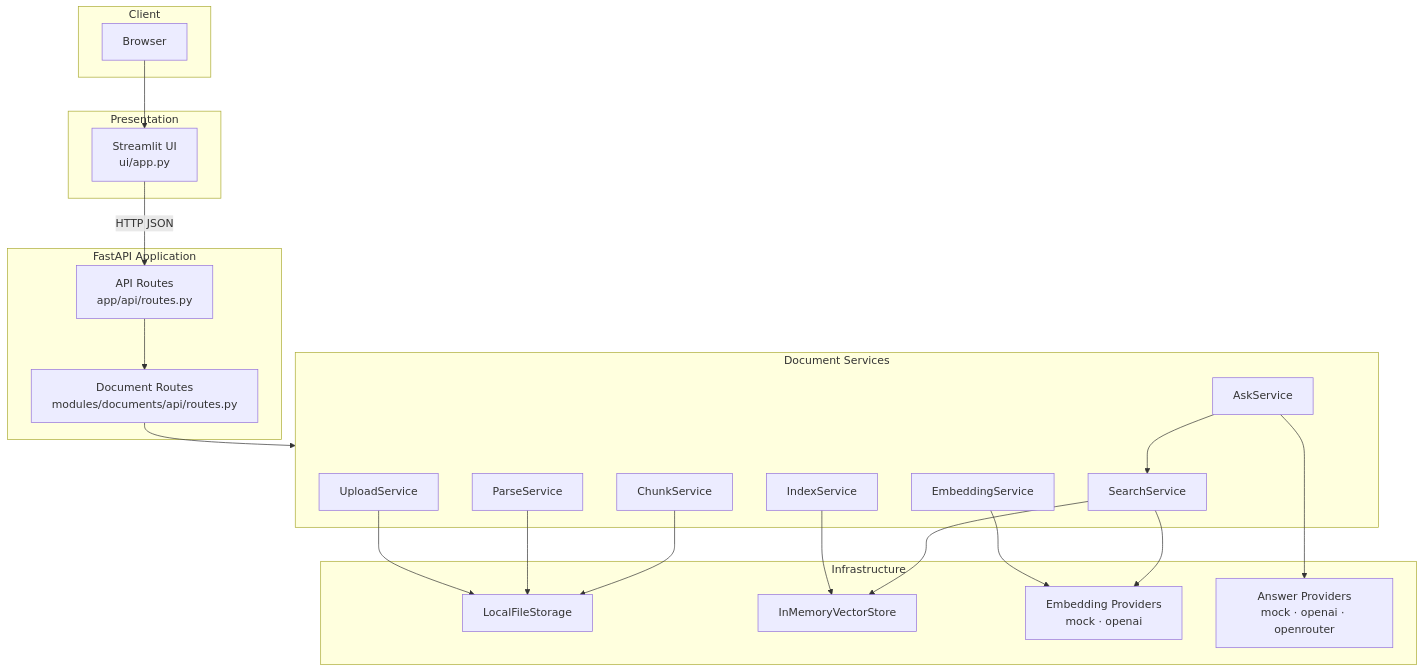
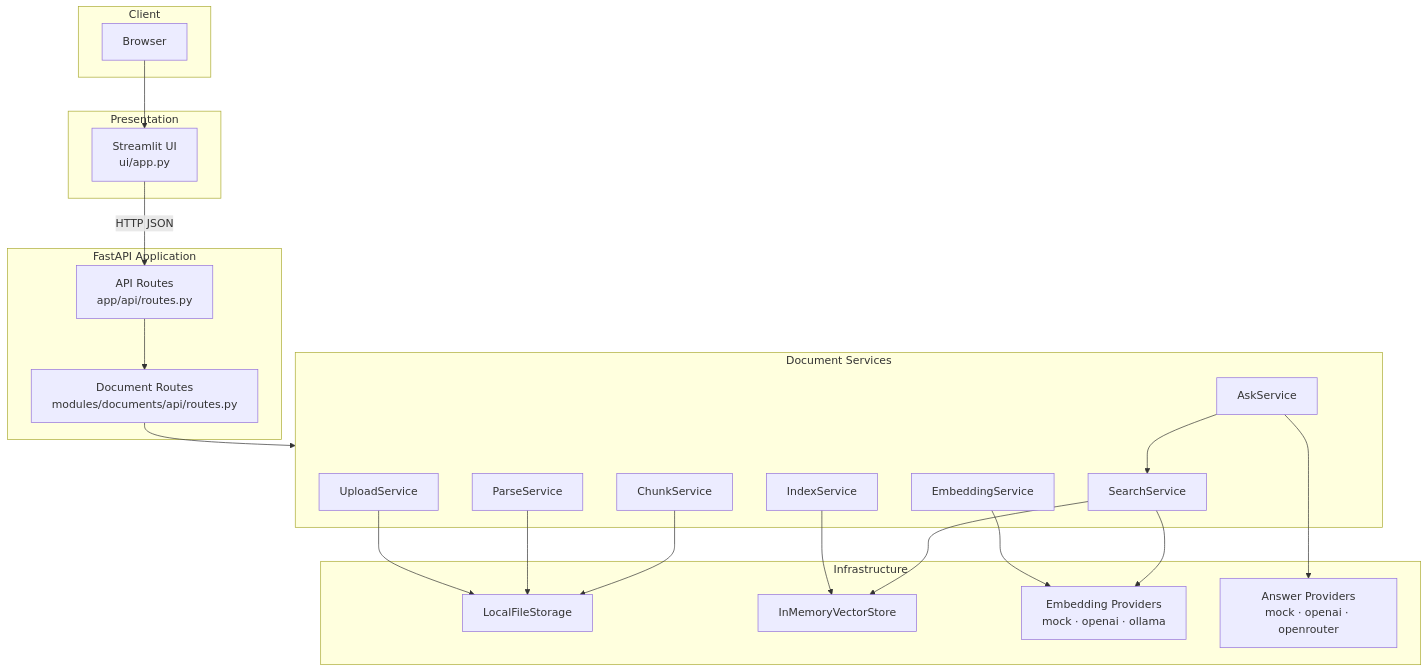
The first of 3 diagrams in docs/architecture.md (andreytsirukhin-png/AI-Presales), drawn with Mermaid before and after one commit. The commit also changed other lines of this file and 13 other files, not shown here.

Commit message:
feat: add Ollama embedding provider

````diff
--- a/docs/architecture.md
+++ b/docs/architecture.md
@@ -7,46 +7,46 @@
 ```mermaid
 flowchart TB
     subgraph Client
         Browser["Browser"]
     end
 
     subgraph Presentation
         Streamlit["Streamlit UI<br/>ui/app.py"]
     end
 
     subgraph API["FastAPI Application"]
         Routes["API Routes<br/>app/api/routes.py"]
         DocRoutes["Document Routes<br/>modules/documents/api/routes.py"]
     end
 
     subgraph Services["Document Services"]
         Upload["UploadService"]
         Parse["ParseService"]
         Chunk["ChunkService"]
         Embed["EmbeddingService"]
         Index["IndexService"]
         Search["SearchService"]
         Ask["AskService"]
     end
 
     subgraph Infrastructure
         Storage["LocalFileStorage"]
         VectorStore["InMemoryVectorStore"]
-        EmbProviders["Embedding Providers<br/>mock · openai"]
+        EmbProviders["Embedding Providers<br/>mock · openai · ollama"]
         AnsProviders["Answer Providers<br/>mock · openai · openrouter"]
     end
 
     Browser --> Streamlit
     Streamlit -->|HTTP JSON| Routes
     Routes --> DocRoutes
     DocRoutes --> Services
     Upload --> Storage
     Parse --> Storage
     Chunk --> Storage
     Embed --> EmbProviders
     Index --> VectorStore
     Search --> EmbProviders
     Search --> VectorStore
     Ask --> Search
     Ask --> AnsProviders
 ```
````
